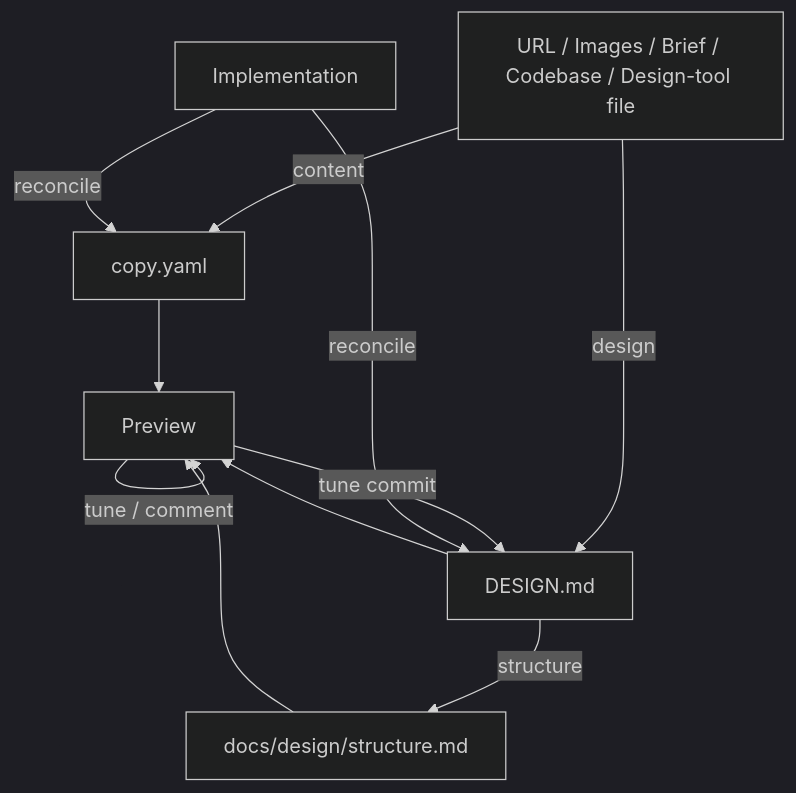
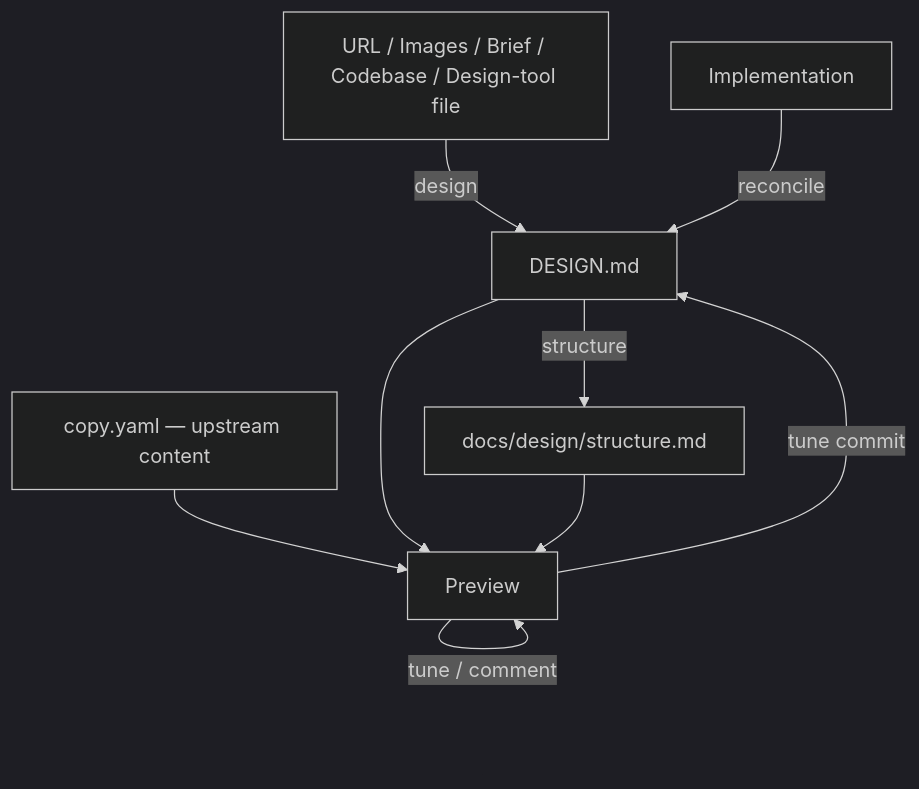
One commit to adeonir/agent-skills changed the diagram in skills/product/design-builder/README.md. Above: the diagram before and after it, drawn with Mermaid (dark theme). The commit also changed other lines of this file and 10 other files, not shown here.

First line of the commit message:
feat(copywriting): extract content skill from design-builder

````diff
--- a/skills/product/design-builder/README.md
+++ b/skills/product/design-builder/README.md
@@ -7,13 +7,11 @@
 ```mermaid
 flowchart TD
-    A[URL / Images / Brief / Codebase / Design-tool file] -->|content| B1[copy.yaml]
-    A -->|design| B2[DESIGN.md]
+    A[URL / Images / Brief / Codebase / Design-tool file] -->|design| B2[DESIGN.md]
     B2 -->|structure| C[docs/design/structure.md]
-    B1 --> D[Preview]
+    Copy[copy.yaml — upstream content] --> D[Preview]
     B2 --> D
     C --> D
     D -->|tune / comment| D
     D -->|tune commit| B2
     Impl[Implementation] -->|reconcile| B2
-    Impl -->|reconcile| B1
 ```
````
